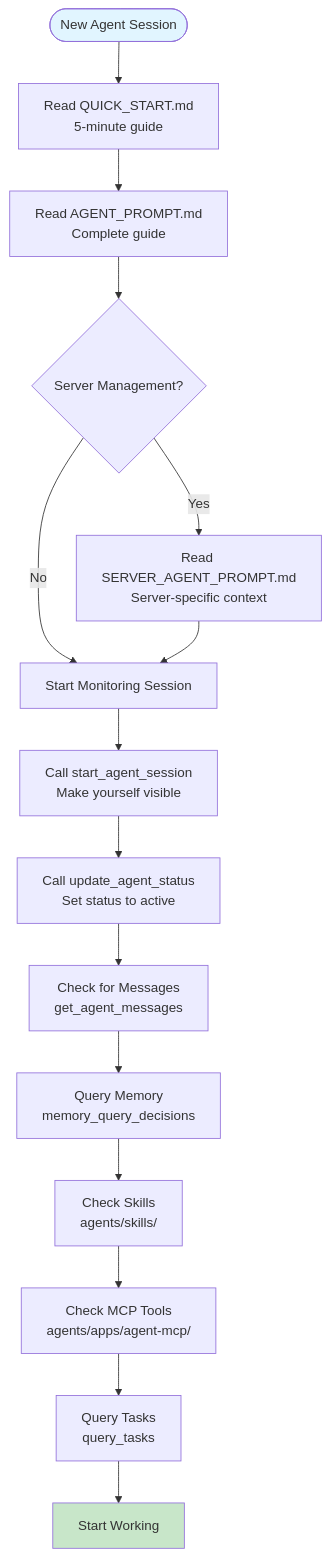
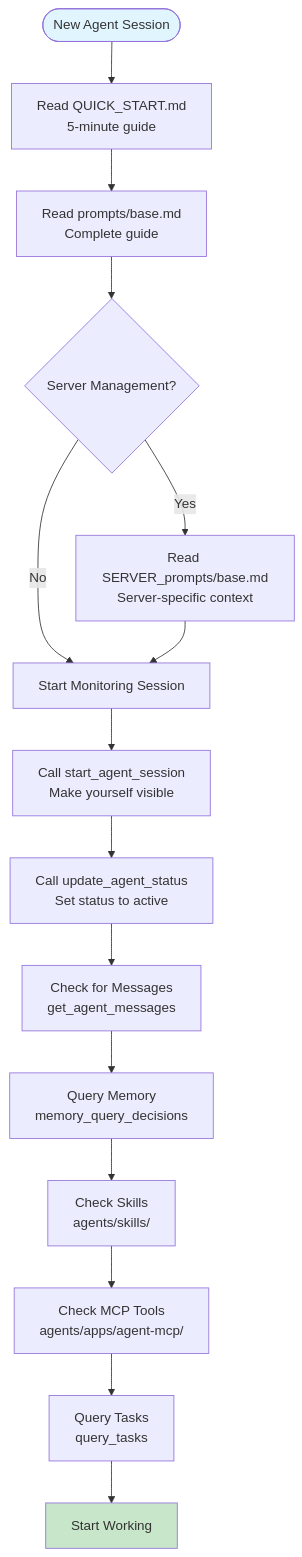
The second of 20 diagrams in agents/docs/COMPLETE_SYSTEM_VISUALIZATION.md (unarmedpuppy/homelab-ai), drawn with Mermaid before and after one commit. The commit also changed other lines of this file and 70 other files, not shown here.

````diff
--- a/agents/docs/COMPLETE_SYSTEM_VISUALIZATION.md
+++ b/agents/docs/COMPLETE_SYSTEM_VISUALIZATION.md
@@ -78,21 +78,21 @@
 ```mermaid
 flowchart TD
     Start([New Agent Session]) --> Step1[Read QUICK_START.md<br/>5-minute guide]
-    Step1 --> Step2[Read AGENT_PROMPT.md<br/>Complete guide]
+    Step1 --> Step2[Read prompts/base.md<br/>Complete guide]
     Step2 --> Step3{Server Management?}
-    Step3 -->|Yes| Step4[Read SERVER_AGENT_PROMPT.md<br/>Server-specific context]
+    Step3 -->|Yes| Step4[Read SERVER_prompts/base.md<br/>Server-specific context]
     Step3 -->|No| Step5[Start Monitoring Session]
     Step4 --> Step5
     
     Step5 --> Step6[Call start_agent_session<br/>Make yourself visible]
     Step6 --> Step7[Call update_agent_status<br/>Set status to active]
     Step7 --> Step8[Check for Messages<br/>get_agent_messages]
     Step8 --> Step9[Query Memory<br/>memory_query_decisions]
     Step9 --> Step10[Check Skills<br/>agents/skills/]
     Step10 --> Step11[Check MCP Tools<br/>agents/apps/agent-mcp/]
     Step11 --> Step12[Query Tasks<br/>query_tasks]
     Step12 --> Step13[Start Working]
     
     style Start fill:#e1f5ff
     style Step13 fill:#c8e6c9
 ```
````
